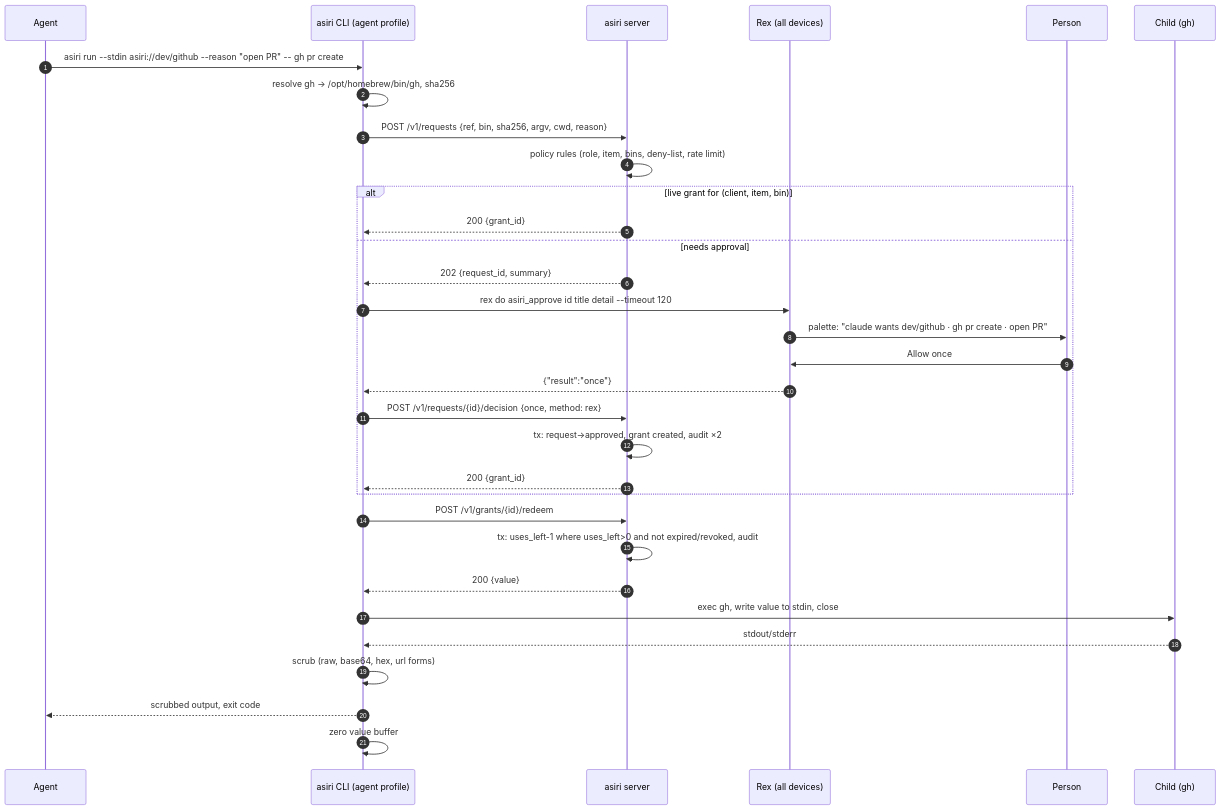
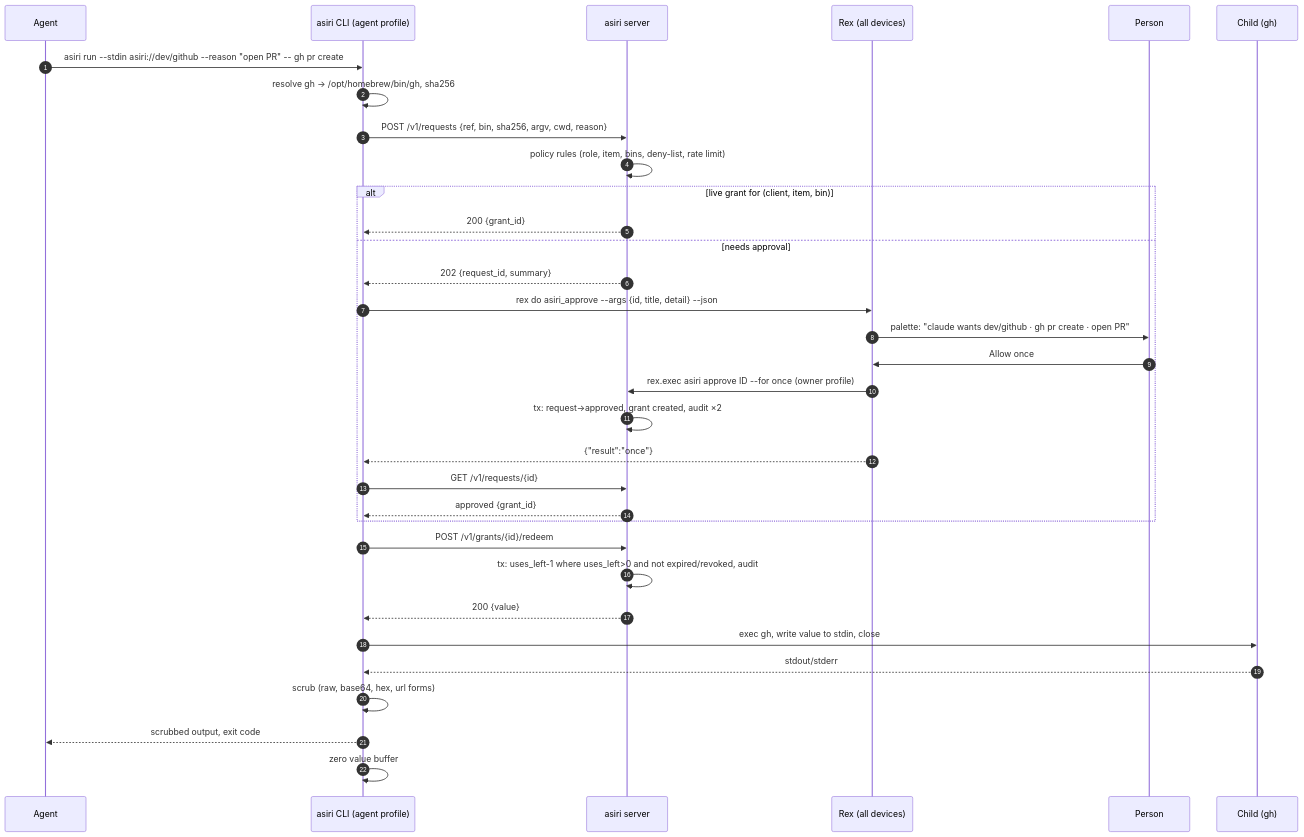
Before and after one commit to gingered-cat/asiri: the second of 11 diagrams in ARCHITECTURE.md, drawn with Mermaid. The commit also changed other lines of this file and 10 other files, not shown here.

Commit message:
feat(rex): Rex approvals and asiri rex install

````diff
--- a/ARCHITECTURE.md
+++ b/ARCHITECTURE.md
@@ -116,35 +116,36 @@
 ```mermaid
 sequenceDiagram
   autonumber
   participant Ag as Agent
   participant CLI as asiri CLI (agent profile)
   participant S as asiri server
   participant R as Rex (all devices)
   participant P as Person
   participant Ch as Child (gh)
 
   Ag->>CLI: asiri run --stdin asiri://dev/github --reason "open PR" -- gh pr create
   CLI->>CLI: resolve gh → /opt/homebrew/bin/gh, sha256
   CLI->>S: POST /v1/requests {ref, bin, sha256, argv, cwd, reason}
   S->>S: policy rules (role, item, bins, deny-list, rate limit)
   alt live grant for (client, item, bin)
     S-->>CLI: 200 {grant_id}
   else needs approval
     S-->>CLI: 202 {request_id, summary}
-    CLI->>R: rex do asiri_approve id title detail --timeout 120
+    CLI->>R: rex do asiri_approve --args {id, title, detail} --json
     R->>P: palette: "claude wants dev/github · gh pr create · open PR"
     P->>R: Allow once
+    R->>S: rex.exec asiri approve ID --for once (owner profile)
+    S->>S: tx: request→approved, grant created, audit ×2
     R-->>CLI: {"result":"once"}
-    CLI->>S: POST /v1/requests/{id}/decision {once, method: rex}
-    S->>S: tx: request→approved, grant created, audit ×2
-    S-->>CLI: 200 {grant_id}
+    CLI->>S: GET /v1/requests/{id}
+    S-->>CLI: approved {grant_id}
   end
   CLI->>S: POST /v1/grants/{id}/redeem
   S->>S: tx: uses_left-1 where uses_left>0 and not expired/revoked, audit
   S-->>CLI: 200 {value}
   CLI->>Ch: exec gh, write value to stdin, close
   Ch-->>CLI: stdout/stderr
   CLI->>CLI: scrub (raw, base64, hex, url forms)
   CLI-->>Ag: scrubbed output, exit code
   CLI->>CLI: zero value buffer
 ```
````
